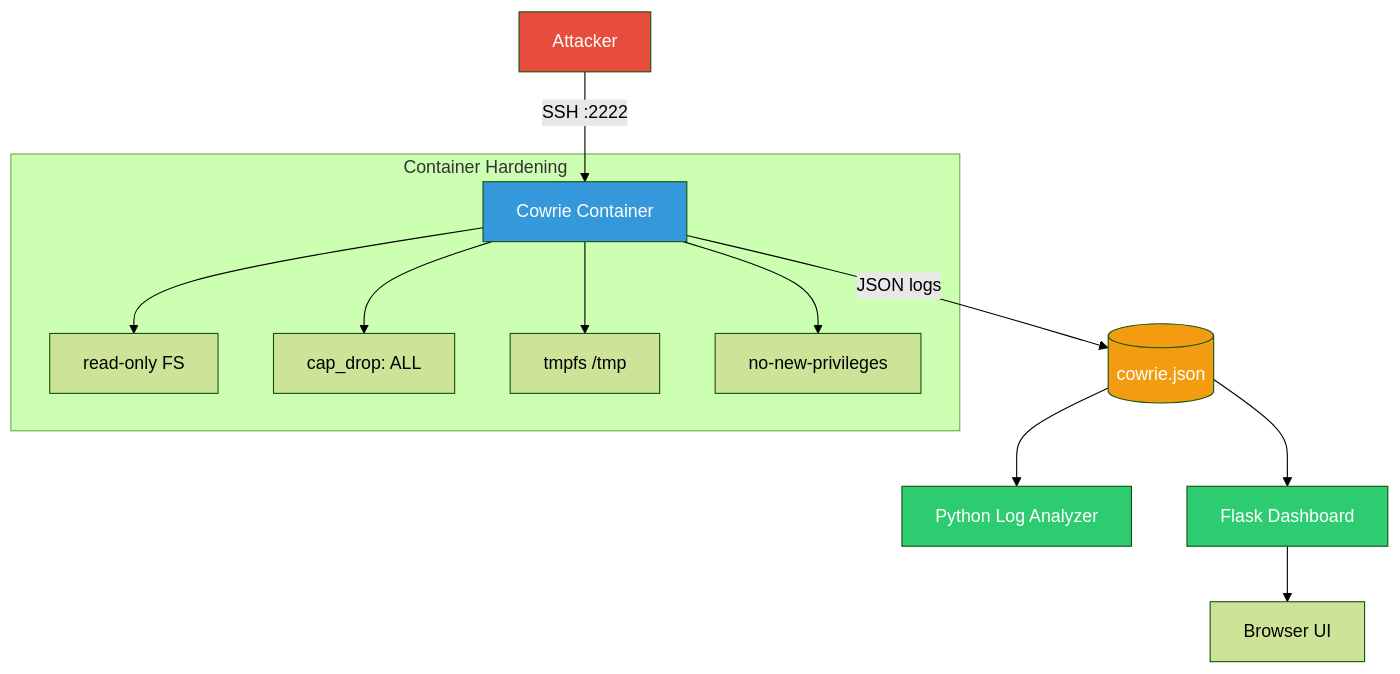
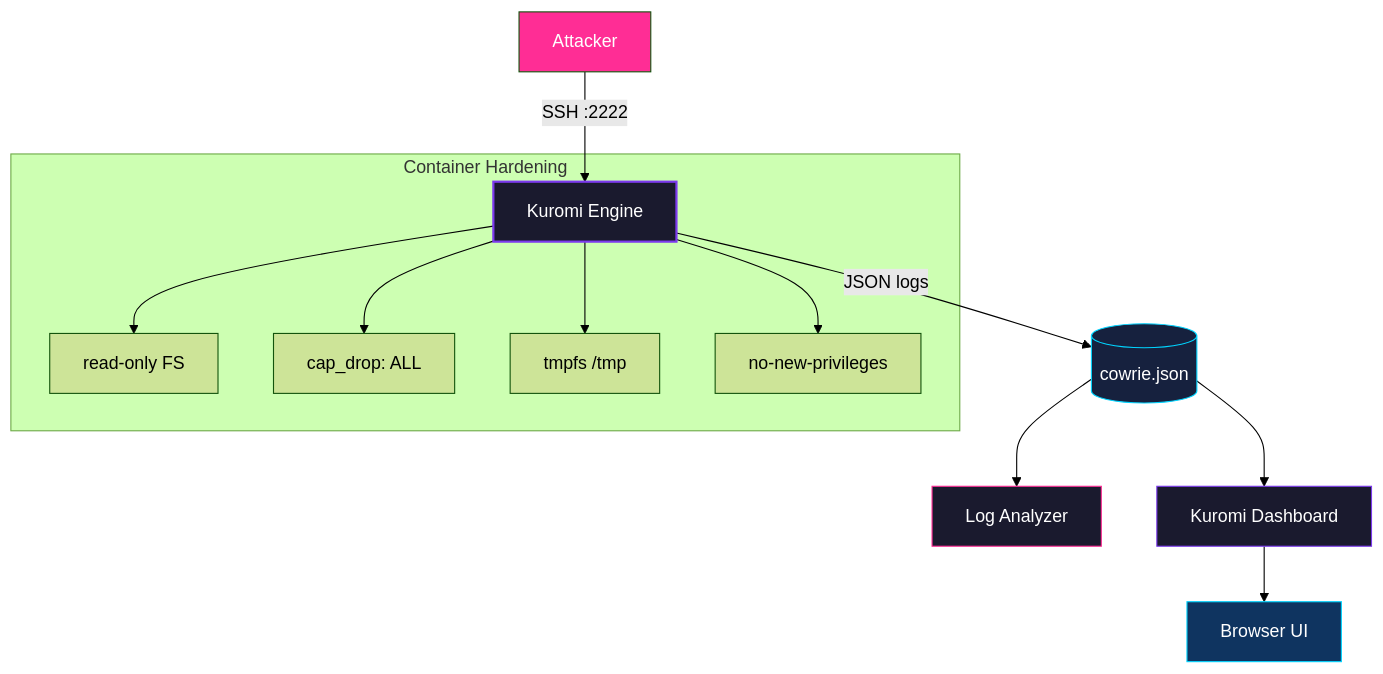
Before and after one commit to shwetakanth09/honeypot-project: the diagram in README.md, drawn with Mermaid (forest theme). The commit also changed other lines of this file and 3 other files, not shown here.

First line of the commit message:
feat: rebrand to Kuromi with cyberpunk dashboard redesign

````diff
--- a/README.md
+++ b/README.md
@@ -16,21 +14,22 @@
 ```mermaid
 graph TB
-    A[Attacker] -->|SSH :2222| B[Cowrie Container]
+    A[Attacker] -->|SSH :2222| B[Kuromi Engine]
     B -->|JSON logs| C[(cowrie.json)]
-    C --> D[Python Log Analyzer]
-    C --> E[Flask Dashboard]
+    C --> D[Log Analyzer]
+    C --> E[Kuromi Dashboard]
     E --> F[Browser UI]
 
     subgraph Container Hardening
         B --> G[read-only FS]
         B --> H[cap_drop: ALL]
         B --> I[tmpfs /tmp]
         B --> J[no-new-privileges]
     end
 
-    style A fill:#e74c3c,color:#fff
-    style B fill:#3498db,color:#fff
-    style C fill:#f39c12,color:#fff
-    style D fill:#2ecc71,color:#fff
-    style E fill:#2ecc71,color:#fff
+    style A fill:#ff2d95,color:#fff
+    style B fill:#1a1a2e,color:#fff,stroke:#7c3aed,stroke-width:2px
+    style C fill:#16213e,color:#fff,stroke:#00d4ff
+    style D fill:#1a1a2e,color:#fff,stroke:#ff2d95
+    style E fill:#1a1a2e,color:#fff,stroke:#7c3aed
+    style F fill:#0f3460,color:#fff,stroke:#00d4ff
 ```
````
